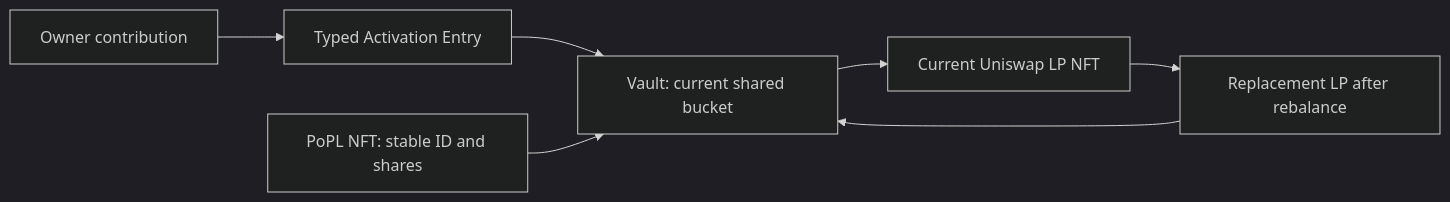
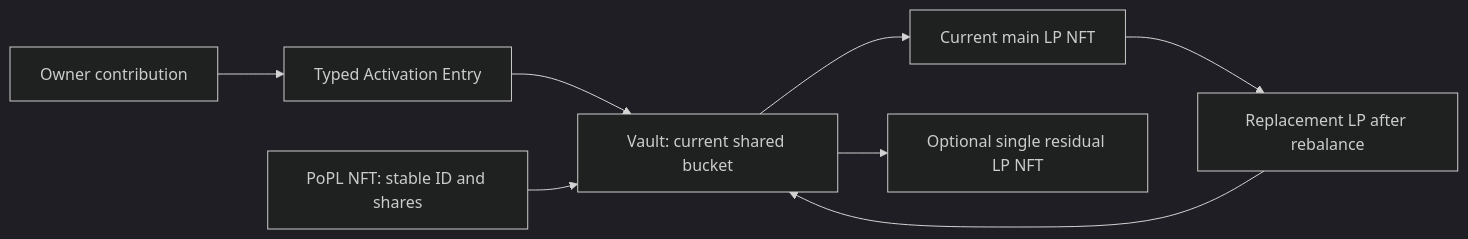
The diagram in docs/DYNAMIC_LIQUIDITY.md (ABEF/AAA), drawn with Mermaid (dark theme) before and after one commit. The commit also changed other lines of this file and 307 other files, not shown here.

````diff
--- a/docs/DYNAMIC_LIQUIDITY.md
+++ b/docs/DYNAMIC_LIQUIDITY.md
@@ -25,9 +27,10 @@
 ```mermaid
 flowchart LR
   A[Owner contribution] --> E[Typed Activation Entry]
   E --> V[Vault: current shared bucket]
-  V --> L[Current Uniswap LP NFT]
+  V --> L[Current main LP NFT]
+  V --> X[Optional single residual LP NFT]
   N[PoPL NFT: stable ID and shares] --> V
   L --> R[Replacement LP after rebalance]
   R --> V
 ```
````
